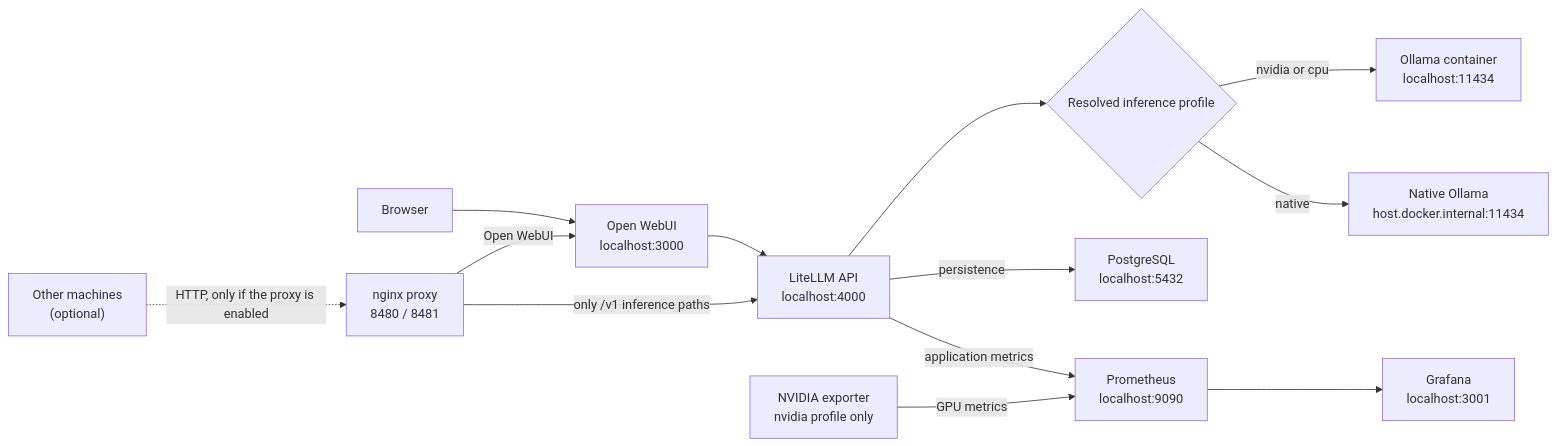
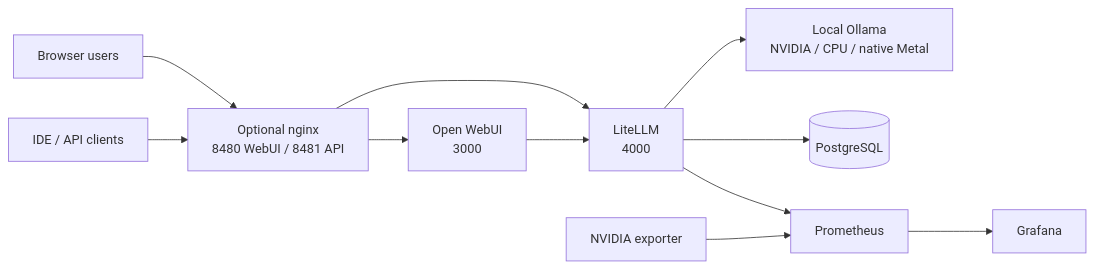
One commit to nawariso/PocketMind changed the diagram in README.md. Above: the diagram before and after it, drawn with Mermaid. The commit also changed other lines of this file and 21 other files, not shown here.

````diff
--- a/README.md
+++ b/README.md
@@ -5,15 +7,13 @@
 ```mermaid
 flowchart LR
-    Browser[Browser] --> WebUI["Open WebUI<br/>localhost:3000"]
-    WebUI --> LiteLLM["LiteLLM API<br/>localhost:4000"]
-    LiteLLM --> Profile{Resolved inference profile}
-    Profile -->|nvidia or cpu| ContainerOllama["Ollama container<br/>localhost:11434"]
-    Profile -->|native| NativeOllama["Native Ollama<br/>host.docker.internal:11434"]
-    LiteLLM -->|persistence| PostgreSQL["PostgreSQL<br/>localhost:5432"]
-    LiteLLM -->|application metrics| Prometheus["Prometheus<br/>localhost:9090"]
-    NvidiaExporter["NVIDIA exporter<br/>nvidia profile only"] -->|GPU metrics| Prometheus
-    Prometheus --> Grafana["Grafana<br/>localhost:3001"]
-    RemoteUsers["Other machines<br/>(optional)"] -.->|HTTP, only if the proxy is enabled| Nginx["nginx proxy<br/>8480 / 8481"]
-    Nginx -->|Open WebUI| WebUI
-    Nginx -->|only /v1 inference paths| LiteLLM
+    Users[Browser users] --> Proxy["Optional nginx<br/>8480 WebUI / 8481 API"]
+    IDE[IDE / API clients] --> Proxy
+    Proxy --> WebUI["Open WebUI<br/>3000"]
+    Proxy --> API["LiteLLM<br/>4000"]
+    WebUI --> API
+    API --> Ollama["Local Ollama<br/>NVIDIA / CPU / native Metal"]
+    API --> DB[(PostgreSQL)]
+    API --> Metrics[Prometheus]
+    GPU[NVIDIA exporter] --> Metrics
+    Metrics --> Grafana[Grafana]
 ```
````
